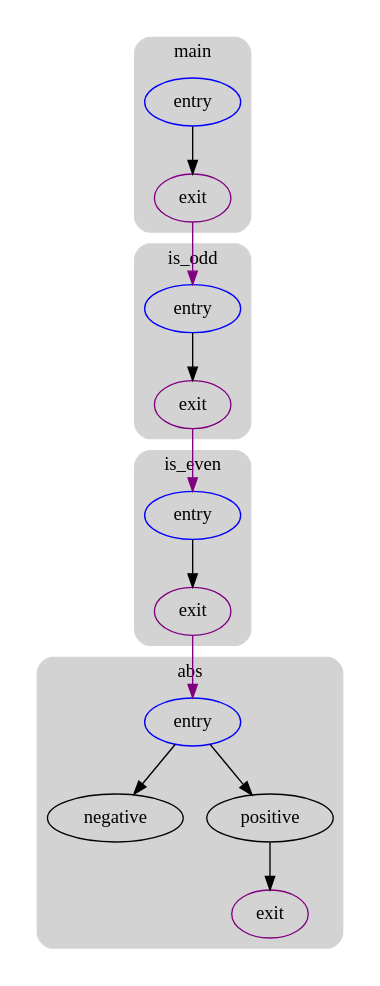
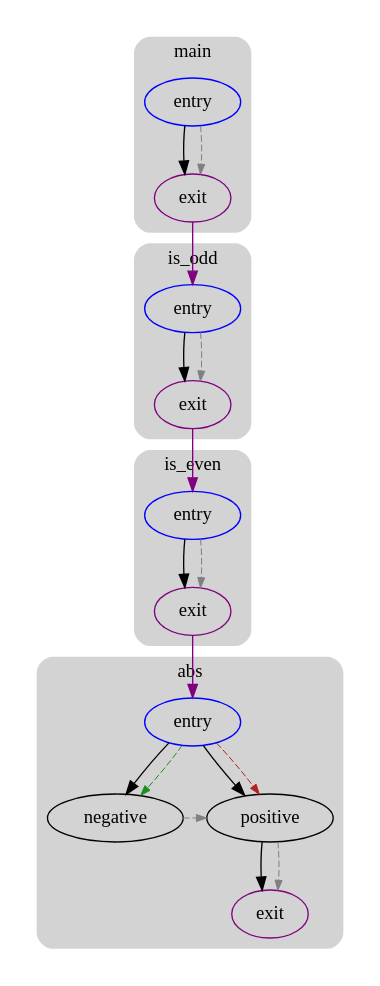
Before and after one commit to UnsignedByte/6120: the diagram in playground/logicless-iseven.domtree.dot, drawn with Graphviz. The commit also changed 90 other files, not shown here.

```diff
--- a/playground/logicless-iseven.domtree.dot
+++ b/playground/logicless-iseven.domtree.dot
@@ -1,49 +1,56 @@
-strict digraph G {
+digraph G {
   compound=true
   subgraph cluster_ {
     peripheries=0
     subgraph cluster_0 {
       label="main"
       color=darkgray
       style=rounded
       bgcolor=lightgray
       cluster_0_0[label="entry",shape=oval,color=blue,rank=source]
       cluster_0_exit[label=exit,color=purple,rank=sink]
-      cluster_0_0 -> cluster_0_exit
+      cluster_0_0 -> cluster_0_exit [color=black]
+      cluster_0_0 -> cluster_0_exit [color=gray,style=dashed,constraint=false,penwidth=0.75,arrowsize=0.75]
     }
     subgraph cluster_1 {
       label="abs"
       color=darkgray
       style=rounded
       bgcolor=lightgray
       cluster_1_0[label="entry",shape=oval,color=blue,rank=source]
       cluster_1_1[label="negative",shape=oval]
       cluster_1_2[label="positive",shape=oval]
       cluster_1_exit[label=exit,color=purple,rank=sink]
-      cluster_1_0 -> cluster_1_1
-      cluster_1_0 -> cluster_1_2
-      cluster_1_2 -> cluster_1_exit
+      cluster_1_0 -> cluster_1_1 [color=black]
+      cluster_1_0 -> cluster_1_2 [color=black]
+      cluster_1_2 -> cluster_1_exit [color=black]
+      cluster_1_0 -> cluster_1_1 [color=forestgreen,style=dashed,constraint=false,penwidth=0.75,arrowsize=0.75]
+      cluster_1_0 -> cluster_1_2 [color=firebrick,style=dashed,constraint=false,penwidth=0.75,arrowsize=0.75]
+      cluster_1_1 -> cluster_1_2 [color=gray,style=dashed,constraint=false,penwidth=0.75,arrowsize=0.75]
+      cluster_1_2 -> cluster_1_exit [color=gray,style=dashed,constraint=false,penwidth=0.75,arrowsize=0.75]
     }
     subgraph cluster_2 {
       label="is_even"
       color=darkgray
       style=rounded
       bgcolor=lightgray
       cluster_2_0[label="entry",shape=oval,color=blue,rank=source]
       cluster_2_exit[label=exit,color=purple,rank=sink]
-      cluster_2_0 -> cluster_2_exit
+      cluster_2_0 -> cluster_2_exit [color=black]
+      cluster_2_0 -> cluster_2_exit [color=gray,style=dashed,constraint=false,penwidth=0.75,arrowsize=0.75]
     }
     subgraph cluster_3 {
       label="is_odd"
       color=darkgray
       style=rounded
       bgcolor=lightgray
       cluster_3_0[label="entry",shape=oval,color=blue,rank=source]
       cluster_3_exit[label=exit,color=purple,rank=sink]
-      cluster_3_0 -> cluster_3_exit
+      cluster_3_0 -> cluster_3_exit [color=black]
+      cluster_3_0 -> cluster_3_exit [color=gray,style=dashed,constraint=false,penwidth=0.75,arrowsize=0.75]
     }
     cluster_0_exit -> cluster_3_0 [color=purple]
     cluster_2_exit -> cluster_1_0 [color=purple]
     cluster_3_exit -> cluster_2_0 [color=purple]
   }
 }
```
